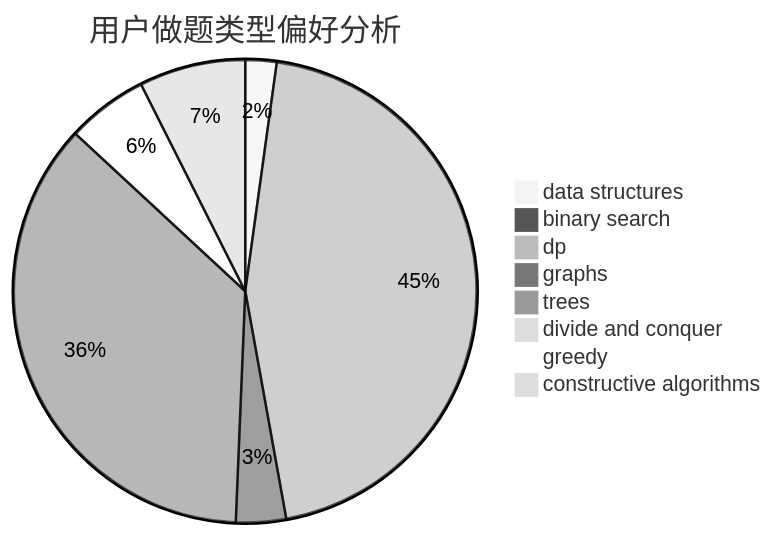
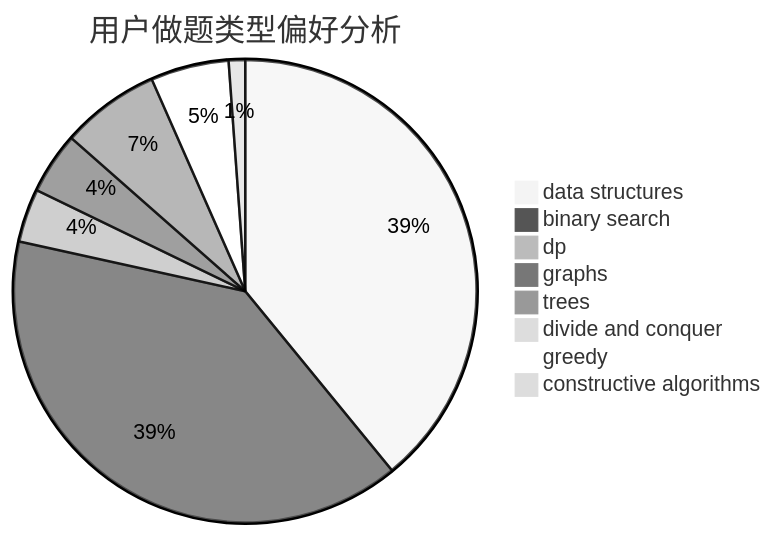
Before and after one commit to sherpahu/cfrs.github.io: the second of 3 diagrams in docs/user/u2513.md, drawn with Mermaid (neutral theme). The commit also changed other lines of this file and 2770 other files, not shown here.

````diff
--- a/docs/user/u2513.md
+++ b/docs/user/u2513.md
@@ -23,11 +23,11 @@
 ```mermaid
 pie title 用户做题类型偏好分析
-    "data structures" :  5
-    "binary search" :  0
-    "dp" :  103
-    "graphs" :  8
-    "trees" :  83
+    "data structures" :  136
+    "binary search" :  137
+    "dp" :  13
+    "graphs" :  15
+    "trees" :  24
     "divide and conquer" :  0
-    "greedy" :  13
-    "constructive algorithms" :  17
+    "greedy" :  19
+    "constructive algorithms" :  4
 ```
````
